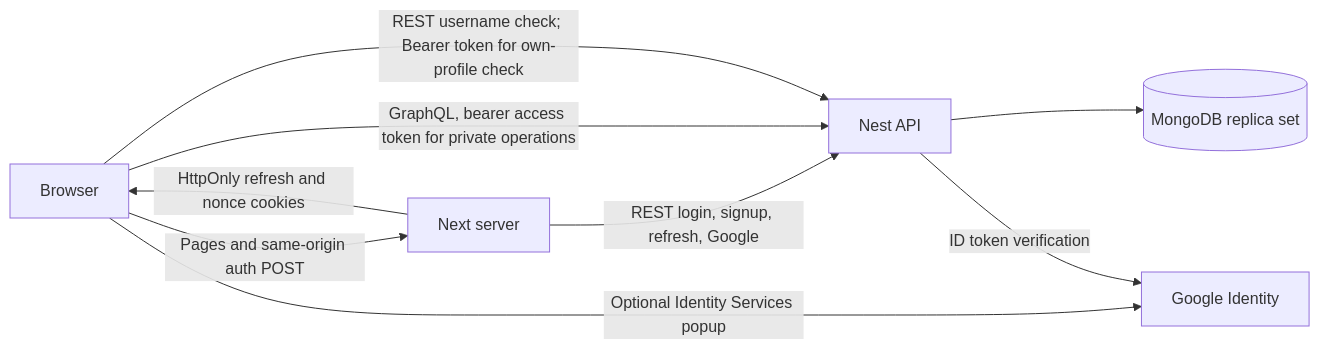
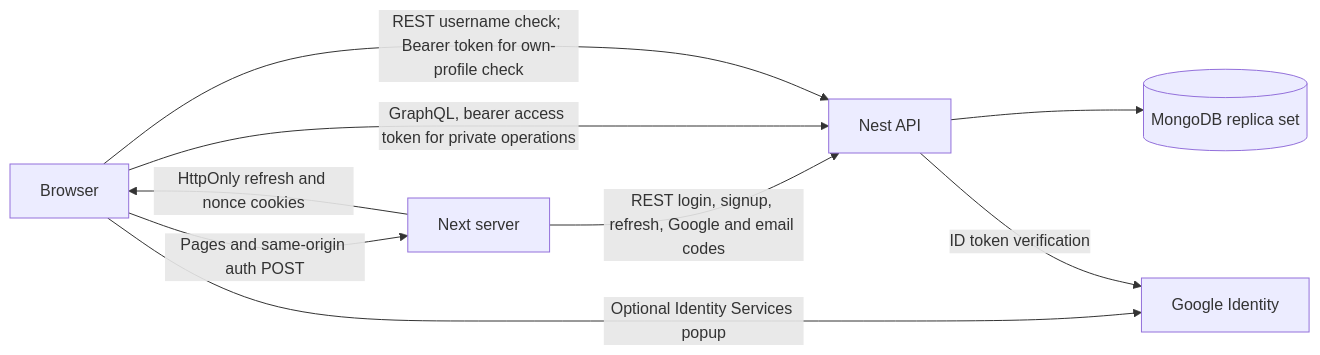
Before and after one commit to aaronkr-2026-2/cbnu-soft-eng-software-engineering-project-group-1: the second of 2 diagrams in docs/architecture/architecture-next.md, drawn with Mermaid. The commit also changed other lines of this file and 14 other files, not shown here.

Commit message:
feat(next): add email verification to patient signup

````diff
--- a/docs/architecture/architecture-next.md
+++ b/docs/architecture/architecture-next.md
@@ -227,11 +282,11 @@
 ```mermaid
 flowchart LR
   Browser[Browser] -->|Pages and same-origin auth POST| Next[Next server]
   Next -->|HttpOnly refresh and nonce cookies| Browser
-  Next -->|REST login, signup, refresh, Google| API[Nest API]
+  Next -->|REST login, signup, refresh, Google and email codes| API[Nest API]
   Browser -->|GraphQL, bearer access token for private operations| API
   Browser -->|REST username check; Bearer token for own-profile check| API
   API --> DB[(MongoDB replica set)]
   Browser -->|Optional Identity Services popup| Google[Google Identity]
   API -->|ID token verification| Google
 ```
````
